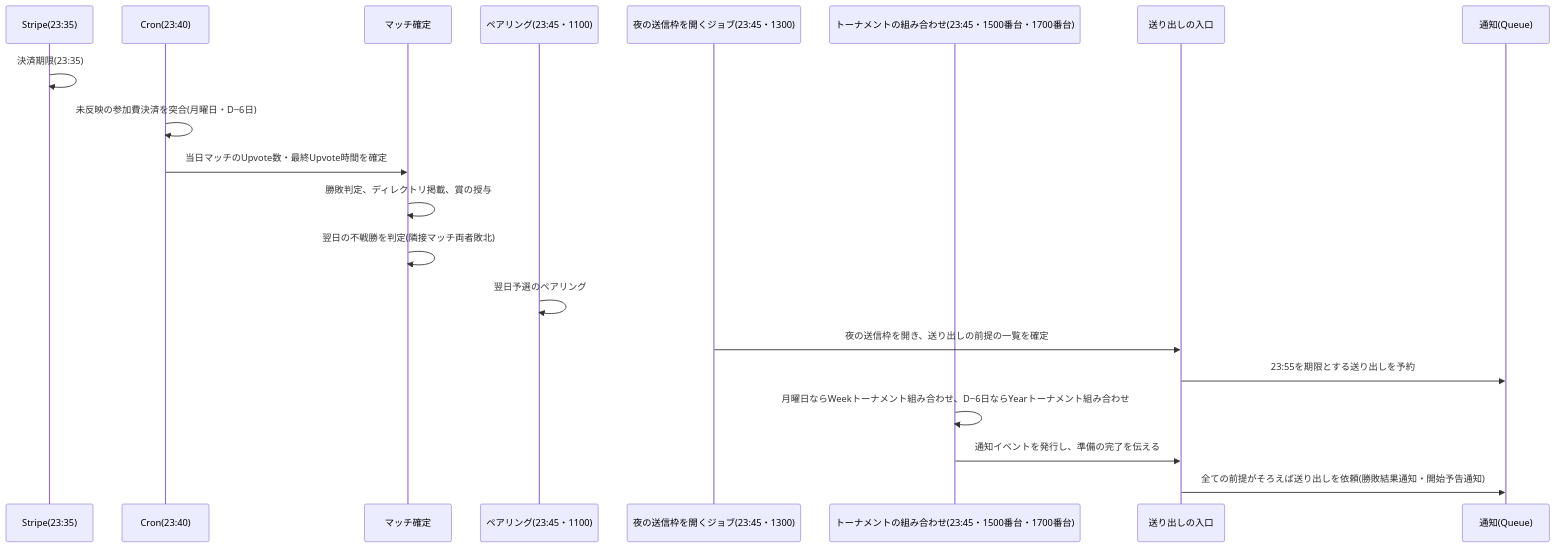
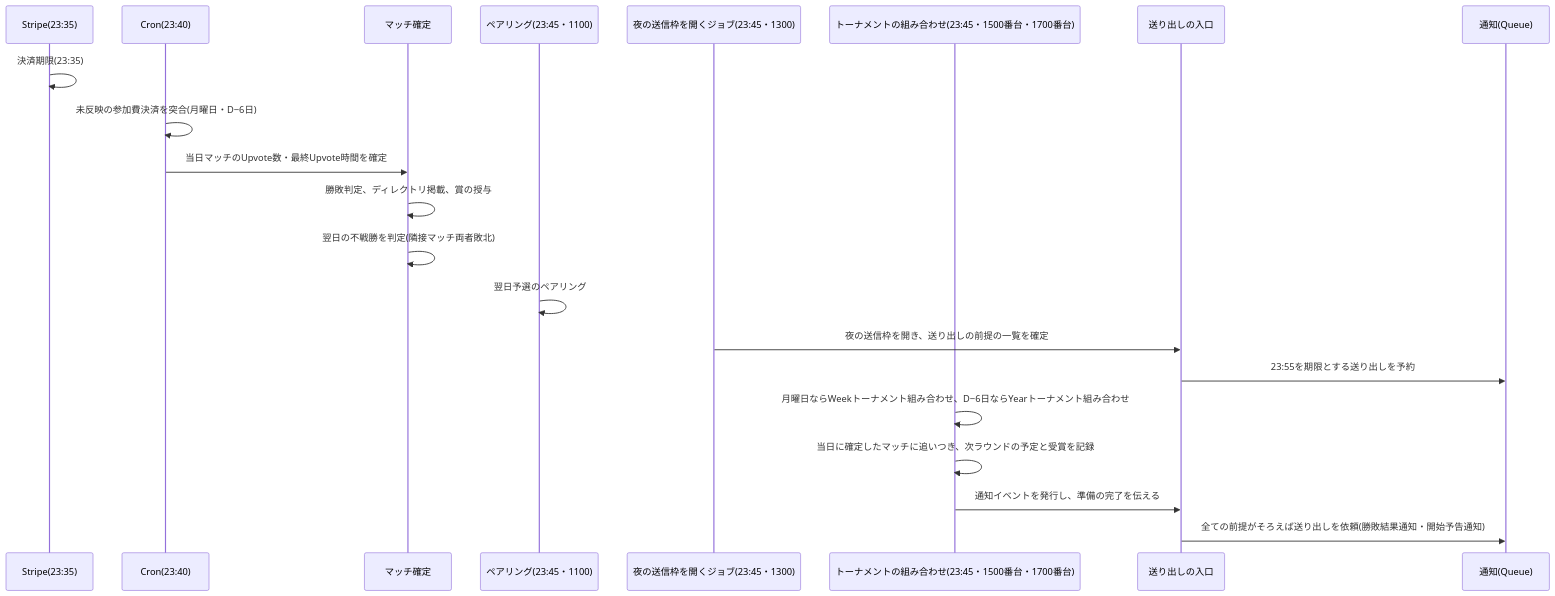
The diagram in docs/GUIDES/service/overview/007-daily-timeline.md (kurachiweb/genai-example-2-launch-platform), drawn with Mermaid before and after one commit. The commit also changed other lines of this file and 5 other files, not shown here.

````diff
--- a/docs/GUIDES/service/overview/007-daily-timeline.md
+++ b/docs/GUIDES/service/overview/007-daily-timeline.md
@@ -92,22 +94,23 @@
 ```mermaid
 sequenceDiagram
     participant S as Stripe(23:35)
     participant C as Cron(23:40)
     participant M as マッチ確定
     participant P as ペアリング(23:45・1100)
     participant J as 夜の送信枠を開くジョブ(23:45・1300)
     participant T as トーナメントの組み合わせ(23:45・1500番台・1700番台)
     participant G as 送り出しの入口
     participant N as 通知(Queue)
     S->>S: 決済期限(23:35)
     C->>C: 未反映の参加費決済を突合(月曜日・D−6日)
     C->>M: 当日マッチのUpvote数・最終Upvote時間を確定
     M->>M: 勝敗判定、ディレクトリ掲載、賞の授与
     M->>M: 翌日の不戦勝を判定(隣接マッチ両者敗北)
     P->>P: 翌日予選のペアリング
     J->>G: 夜の送信枠を開き、送り出しの前提の一覧を確定
     G->>N: 23:55を期限とする送り出しを予約
     T->>T: 月曜日ならWeekトーナメント組み合わせ、D−6日ならYearトーナメント組み合わせ
+    T->>T: 当日に確定したマッチに追いつき、次ラウンドの予定と受賞を記録
     T->>G: 通知イベントを発行し、準備の完了を伝える
     G->>N: 全ての前提がそろえば送り出しを依頼(勝敗結果通知・開始予告通知)
 ```
````
